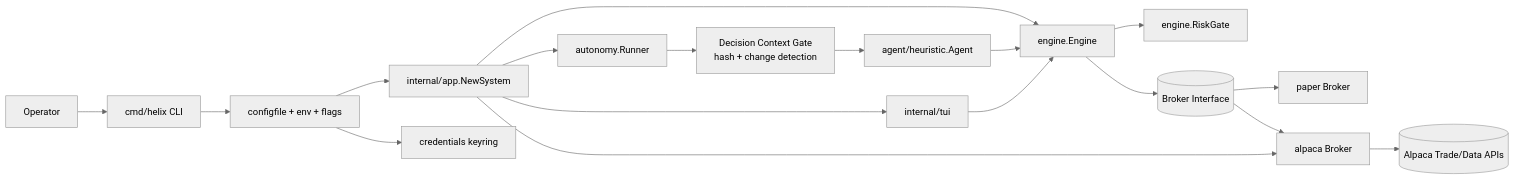
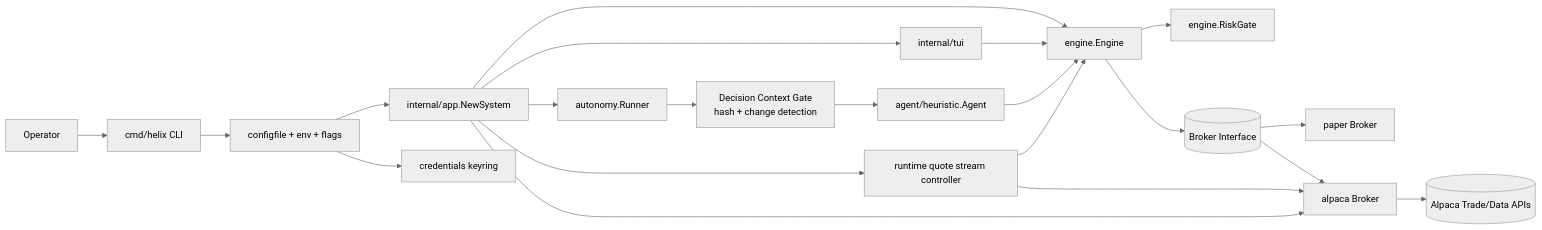
The first of 5 diagrams in docs/architecture.md (nerdstep/helix-tui), drawn with Mermaid (neutral theme) before and after one commit. The commit also changed other lines of this file and 25 other files, not shown here.

````diff
--- a/docs/architecture.md
+++ b/docs/architecture.md
@@ -5,36 +5,40 @@
 ```mermaid
 flowchart LR
     U[Operator]
     CLI[cmd/helix CLI]
     CFG[configfile + env + flags]
     APP[internal/app.NewSystem]
     TUI[internal/tui]
     RUNNER[autonomy.Runner]
     CTX[Decision Context Gate<br/>hash + change detection]
+    QSC[runtime quote stream controller]
     AGENT[agent/heuristic.Agent]
     ENGINE[engine.Engine]
     RISK[engine.RiskGate]
     KEYRING[credentials keyring]
     AB[(Broker Interface)]
     PBRK[paper Broker]
     ABRK[alpaca Broker]
     ALPACA[(Alpaca Trade/Data APIs)]
 
     U --> CLI
     CLI --> CFG
     CFG --> APP
     CFG --> KEYRING
     APP --> ENGINE
     APP --> TUI
     APP --> RUNNER
+    APP --> QSC
     RUNNER --> CTX
     CTX --> AGENT
     AGENT --> ENGINE
     TUI --> ENGINE
+    QSC --> ENGINE
+    QSC --> ABRK
     ENGINE --> RISK
     ENGINE --> AB
     AB --> PBRK
     AB --> ABRK
     ABRK --> ALPACA
     APP --> ABRK
 ```
````
